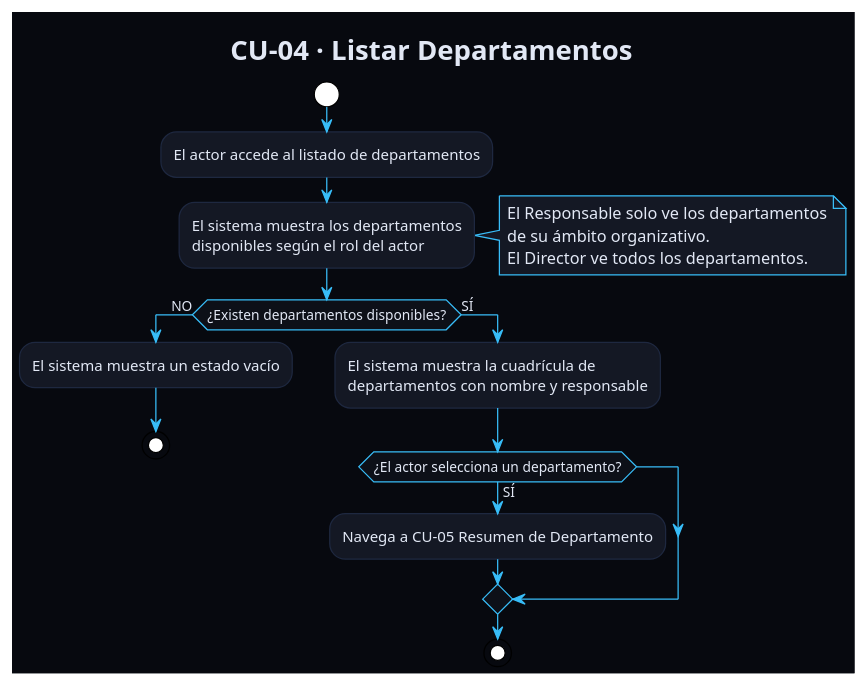
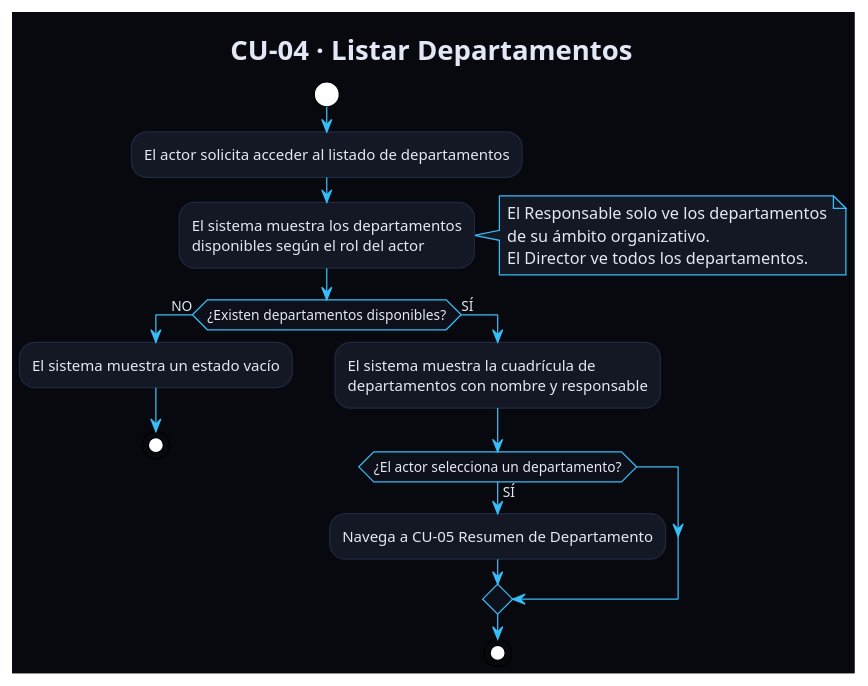
Before and after one commit to Jorgeog25/GII-TFG-2026: the diagram in Estudiantes/cesar-garcia-eguiguren/Capítulo-2/diagramas/CdU/flujoCU04.puml, drawn with PlantUML. The commit also changed 13 other files, not shown here.

Commit message:
actualización de diagramas

```diff
--- a/Estudiantes/cesar-garcia-eguiguren/Capítulo-2/diagramas/CdU/flujoCU04.puml
+++ b/Estudiantes/cesar-garcia-eguiguren/Capítulo-2/diagramas/CdU/flujoCU04.puml
@@ -1,39 +1,39 @@
 @startuml CU04_ListarDepartamentos
 !theme plain
 skinparam backgroundColor #07090F
 skinparam defaultFontColor #E2E8F5
 skinparam ArrowColor #38BDF8
 skinparam ActivityBorderColor #1E2840
 skinparam ActivityBackgroundColor #141824
 skinparam ActivityDiamondBackgroundColor #0D1018
 skinparam ActivityDiamondBorderColor #38BDF8
 skinparam NoteBackgroundColor #141824
 skinparam NoteBorderColor #38BDF8
 
 title CU-04 · Listar Departamentos
 
 start
-:El actor accede al listado de departamentos;
+:El actor solicita acceder al listado de departamentos;
 :El sistema muestra los departamentos
 disponibles según el rol del actor;
 
 note right
   El Responsable solo ve los departamentos
   de su ámbito organizativo.
   El Director ve todos los departamentos.
 end note
 
 if (¿Existen departamentos disponibles?) then (NO)
   :El sistema muestra un estado vacío;
   stop
 else (SÍ)
   :El sistema muestra la cuadrícula de
   departamentos con nombre y responsable;
 
   if (¿El actor selecciona un departamento?) then (SÍ)
     :Navega a CU-05 Resumen de Departamento;
   endif
   stop
 endif
 
 @enduml
```
